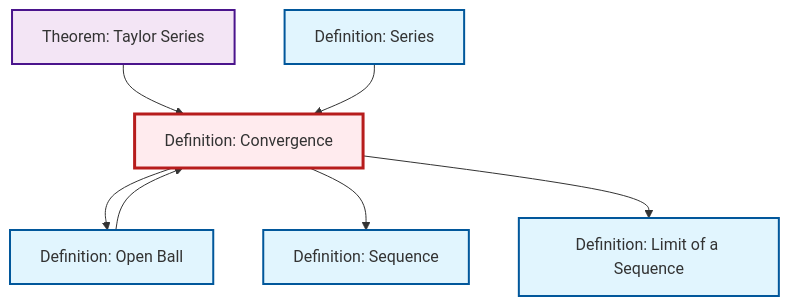
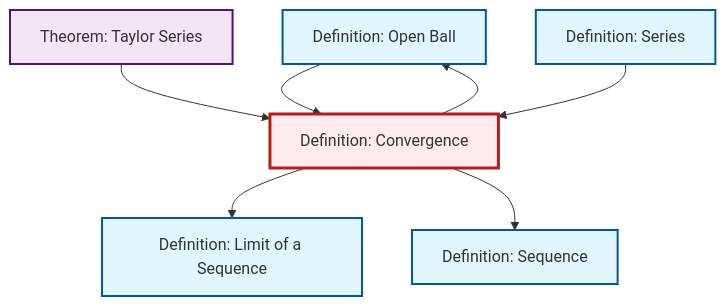
The diagram in content/en/analysis/def-convergence.qmd (RK0429/ModernMath), drawn with Mermaid before and after one commit. The commit also changed other lines of this file and 1012 other files, not shown here.

````diff
--- a/content/en/analysis/def-convergence.qmd
+++ b/content/en/analysis/def-convergence.qmd
@@ -82,27 +82,27 @@
 ```{mermaid}
 %%| fig-cap: "Local dependency graph"
 graph TD
     classDef definition fill:#e1f5fe,stroke:#01579b,stroke-width:2px
     classDef theorem fill:#f3e5f5,stroke:#4a148c,stroke-width:2px
     classDef axiom fill:#fff3e0,stroke:#e65100,stroke-width:2px
     classDef example fill:#e8f5e9,stroke:#1b5e20,stroke-width:2px
     classDef current fill:#ffebee,stroke:#b71c1c,stroke-width:3px
     def-limit["Definition: Limit of a Sequence"]:::definition
+    def-open-ball["Definition: Open Ball"]:::definition
     def-series["Definition: Series"]:::definition
+    def-convergence["Definition: Convergence"]:::definition
     def-sequence["Definition: Sequence"]:::definition
-    def-convergence["Definition: Convergence"]:::definition
-    def-open-ball["Definition: Open Ball"]:::definition
     thm-taylor-series["Theorem: Taylor Series"]:::theorem
+    def-convergence --> def-open-ball
+    def-convergence --> def-limit
+    def-convergence --> def-sequence
+    def-open-ball --> def-convergence
     thm-taylor-series --> def-convergence
-    def-open-ball --> def-convergence
-    def-convergence --> def-open-ball
     def-series --> def-convergence
-    def-convergence --> def-sequence
-    def-convergence --> def-limit
     class def-convergence current
     click def-limit "def-limit.html" "Go to Limit of a Sequence definition"
+    click def-open-ball "def-open-ball.html" "Go to Open Ball definition"
     click def-series "def-series.html" "Go to Series definition"
     click def-sequence "def-sequence.html" "Go to Sequence definition"
-    click def-open-ball "def-open-ball.html" "Go to Open Ball definition"
     click thm-taylor-series "thm-taylor-series.html" "Go to Taylor Series theorem"
 ```
````
